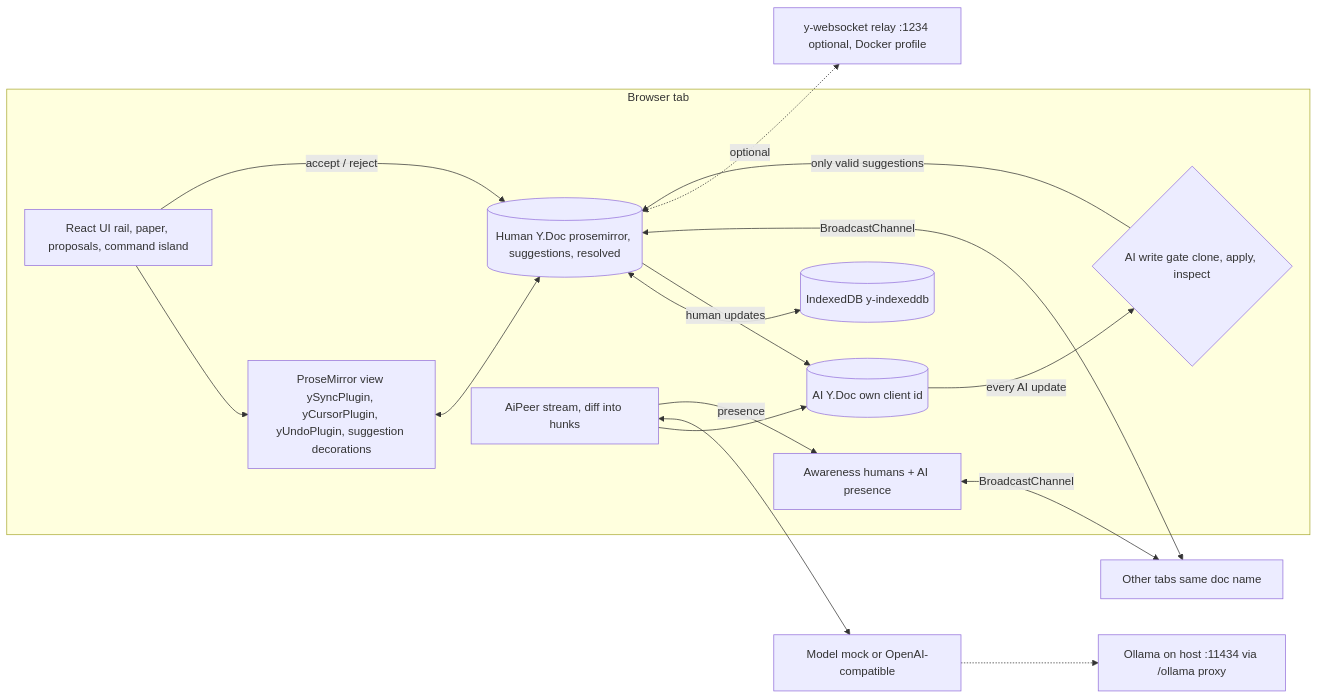
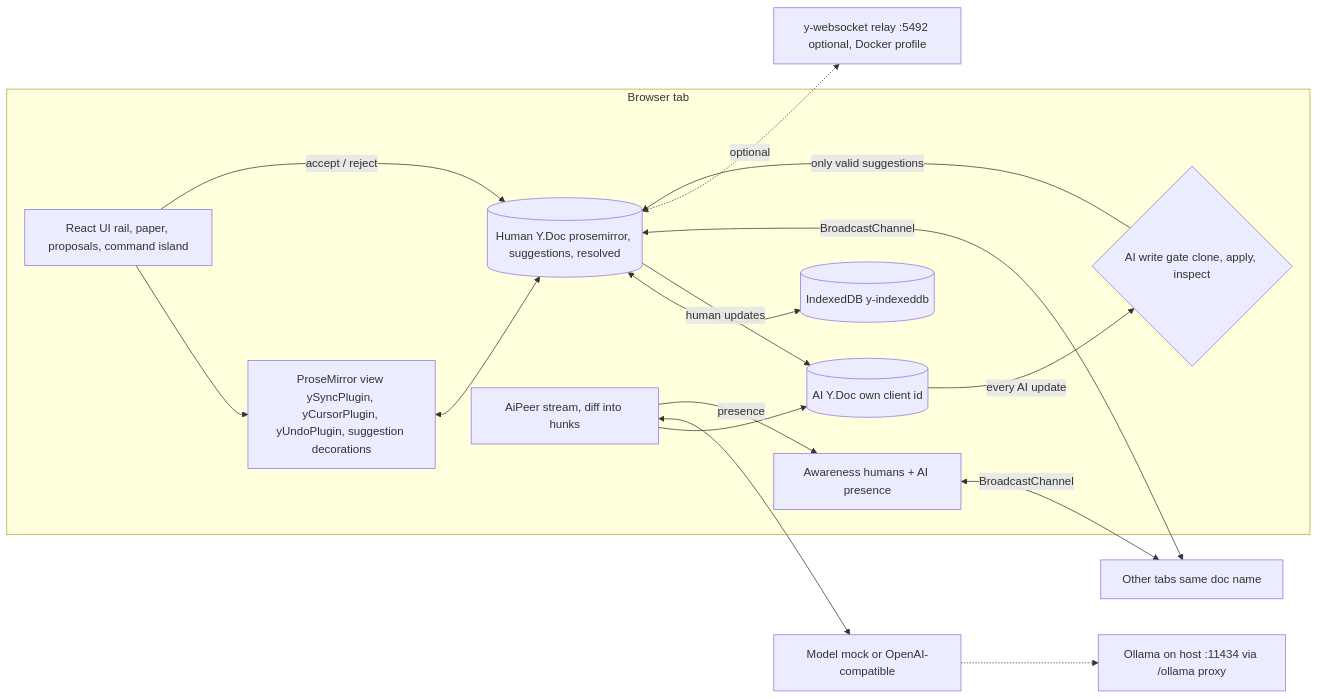
Before and after one commit to sathwikbairaboina2/co-author: the diagram in README.md, drawn with Mermaid. The commit also changed other lines of this file and 8 other files, not shown here.

````diff
--- a/README.md
+++ b/README.md
@@ -31,32 +31,32 @@
 ```mermaid
 flowchart LR
   subgraph Tab["Browser tab"]
     UI["React UI rail, paper, proposals, command island"]
     PM["ProseMirror view ySyncPlugin, yCursorPlugin, yUndoPlugin, suggestion decorations"]
     HD[("Human Y.Doc prosemirror, suggestions, resolved")]
     AW["Awareness humans + AI presence"]
     GATE{"AI write gate clone, apply, inspect"}
     AID[("AI Y.Doc own client id")]
     AIP["AiPeer stream, diff into hunks"]
     IDB[("IndexedDB y-indexeddb")]
   end
   MODEL["Model mock or OpenAI-compatible"]
   OLLAMA["Ollama on host :11434 via /ollama proxy"]
   OTHER["Other tabs same doc name"]
-  RELAY["y-websocket relay :1234 optional, Docker profile"]
+  RELAY["y-websocket relay :5492 optional, Docker profile"]
 
   UI --> PM
   PM <--> HD
   HD <--> IDB
   HD -- "human updates" --> AID
   AID -- "every AI update" --> GATE
   GATE -- "only valid suggestions" --> HD
   AIP --> AID
   AIP <--> MODEL
   MODEL -.-> OLLAMA
   AIP -- "presence" --> AW
   HD <-- "BroadcastChannel" --> OTHER
   AW <-- "BroadcastChannel" --> OTHER
   HD <-. "optional" .-> RELAY
   UI -- "accept / reject" --> HD
 ```
````
